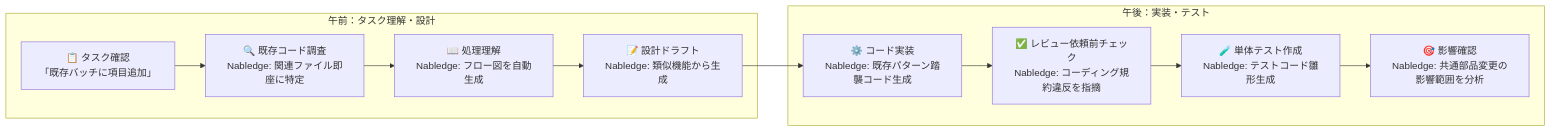
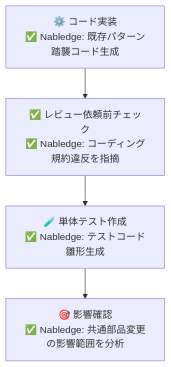
One commit to nablarch/nabledge-dev changed the second of 2 diagrams in doc/tobe-pattern-2.md. Above: the diagram before and after it, drawn with Mermaid. The commit also changed other lines of this file and 3 other files, not shown here.

First line of the commit message:
Split all pattern diagrams into smaller vertical diagrams

````diff
--- a/doc/tobe-pattern-2.md
+++ b/doc/tobe-pattern-2.md
@@ -5,24 +21,11 @@
 ```mermaid
-flowchart LR
-    subgraph morning["午前：タスク理解・設計"]
-        task1["📋 タスク確認<br/>「既存バッチに項目追加」"]
-        task2["🔍 既存コード調査<br/>Nabledge: 関連ファイル即座に特定"]
-        task3["📖 処理理解<br/>Nabledge: フロー図を自動生成"]
-        task4["📝 設計ドラフト<br/>Nabledge: 類似機能から生成"]
-    end
+flowchart TB
+    task5["⚙️ コード実装<br/>✅ Nabledge: 既存パターン踏襲コード生成"]
+    task6["✅ レビュー依頼前チェック<br/>✅ Nabledge: コーディング規約違反を指摘"]
+    task7["🧪 単体テスト作成<br/>✅ Nabledge: テストコード雛形生成"]
+    task8["🎯 影響確認<br/>✅ Nabledge: 共通部品変更の影響範囲を分析"]
 
-    subgraph afternoon["午後：実装・テスト"]
-        task5["⚙️ コード実装<br/>Nabledge: 既存パターン踏襲コード生成"]
-        task6["✅ レビュー依頼前チェック<br/>Nabledge: コーディング規約違反を指摘"]
-        task7["🧪 単体テスト作成<br/>Nabledge: テストコード雛形生成"]
-        task8["🎯 影響確認<br/>Nabledge: 共通部品変更の影響範囲を分析"]
-    end
-
-    task1 --> task2
-    task2 --> task3
-    task3 --> task4
-    task4 --> task5
     task5 --> task6
     task6 --> task7
     task7 --> task8
 ```
````
